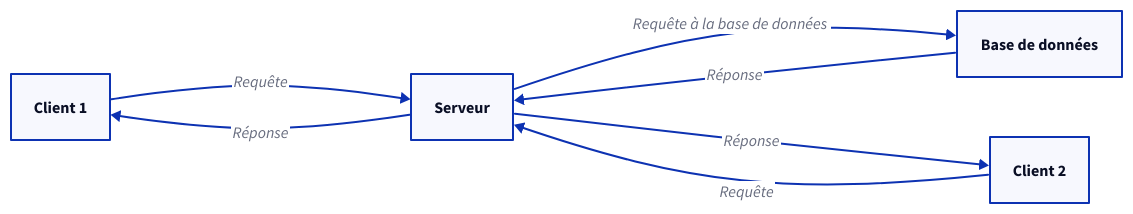
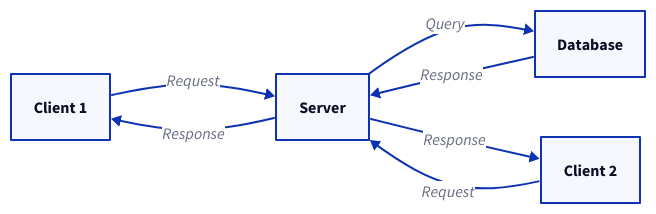
The diagram in out/diagram_iter4.d2 (Ibne29/d2lang-vision-llm), drawn with D2 before and after one commit. The commit also changed 14 other files, not shown here.

```diff
--- a/out/diagram_iter4.d2
+++ b/out/diagram_iter4.d2
@@ -1,13 +1,13 @@
 direction: right
 
 client1: Client 1
 client2: Client 2
-server: Serveur
-database: Base de données
+server: Server
+database: Database
 
-client1 -> server: Requête
-client2 -> server: Requête
-server -> database: Requête à la base de données
-database -> server: Réponse
-server -> client1: Réponse
-server -> client2: Réponse
+client1 -> server: Request
+client2 -> server: Request
+server -> database: Query
+database -> server: Response
+server -> client1: Response
+server -> client2: Response
```
